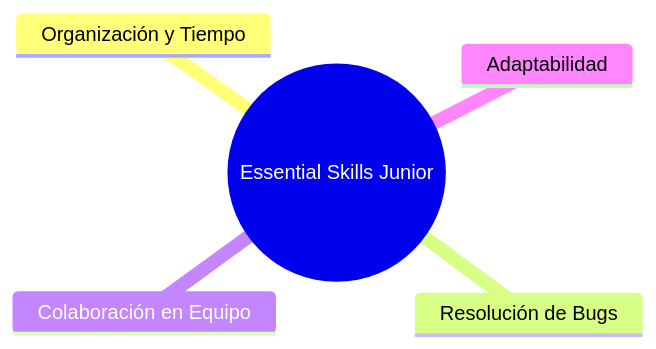
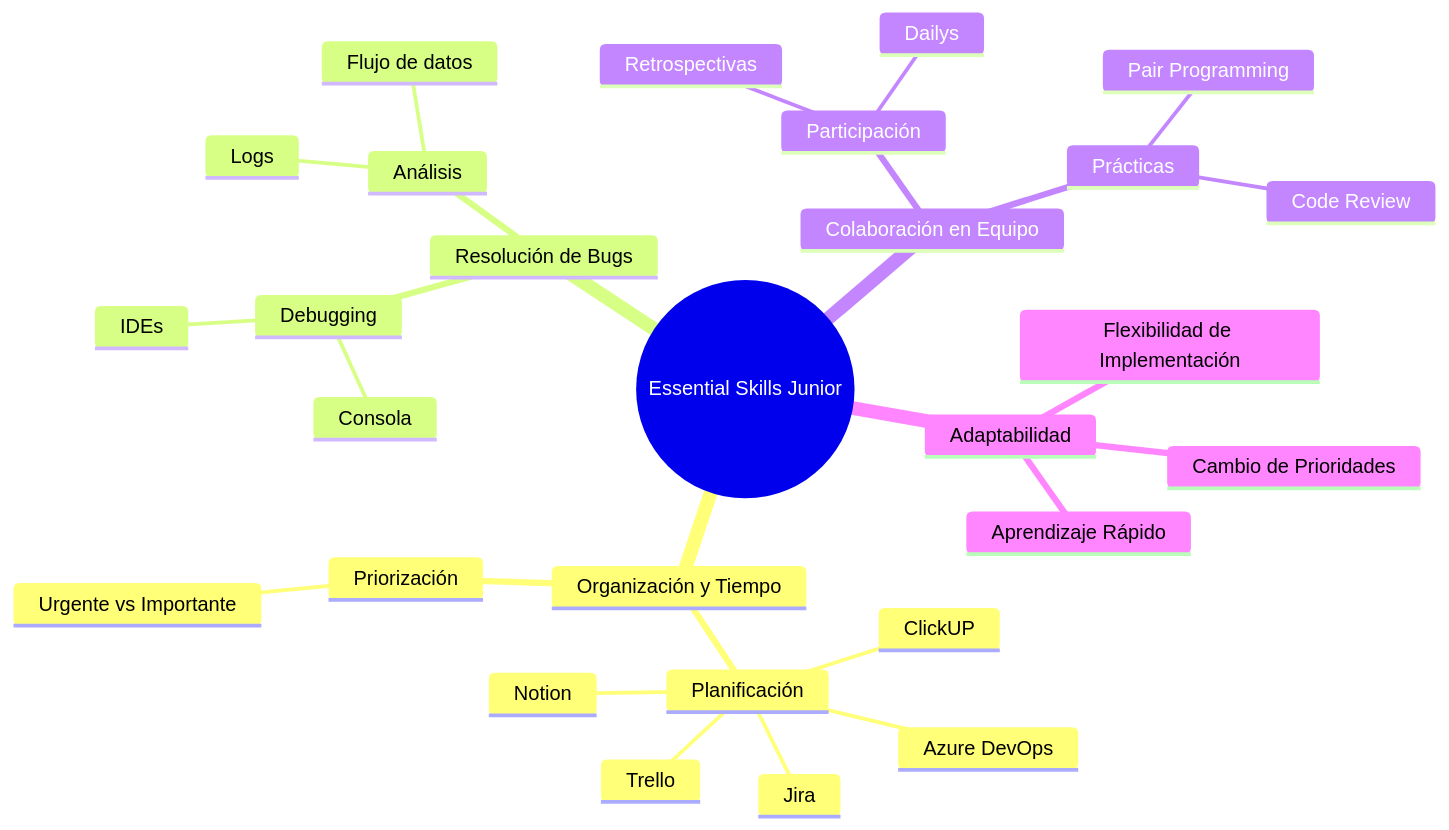
The sixth of 14 diagrams in knowledge/tech/junior.md (EdgarRangelInnovate/EdgarRangelInnovate), drawn with Mermaid before and after one commit. The commit also changed other lines of this file and 5 other files, not shown here.

Commit message:
Enhance junior developer skills documentation with detailed programming concepts, design patterns, and software architectures. Added sections on POO, Factory, and Singleton patterns, along with practical examples and mind maps for better understanding.

`````diff
--- a/knowledge/tech/junior.md
+++ b/knowledge/tech/junior.md
@@ -211,8 +402,31 @@
 ````mermaid
 mindmap
   root((Essential Skills Junior))
     Organización y Tiempo
+      Planificación
+        Jira
+        Trello
+        Azure DevOps
+        ClickUP
+        Notion
+      Priorización
+        Urgente vs Importante
     Resolución de Bugs
+      Debugging
+        IDEs
+        Consola
+      Análisis
+        Logs
+        Flujo de datos
     Colaboración en Equipo
+      Participación
+        Dailys
+        Retrospectivas
+      Prácticas
+        Pair Programming
+        Code Review
     Adaptabilidad
+      Aprendizaje Rápido
+      Flexibilidad de Implementación
+      Cambio de Prioridades
 ````
`````
